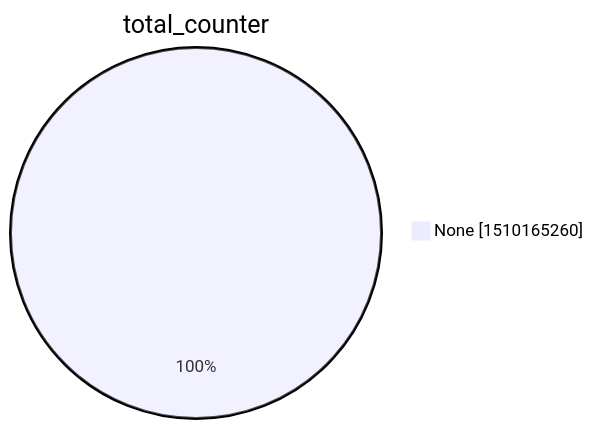
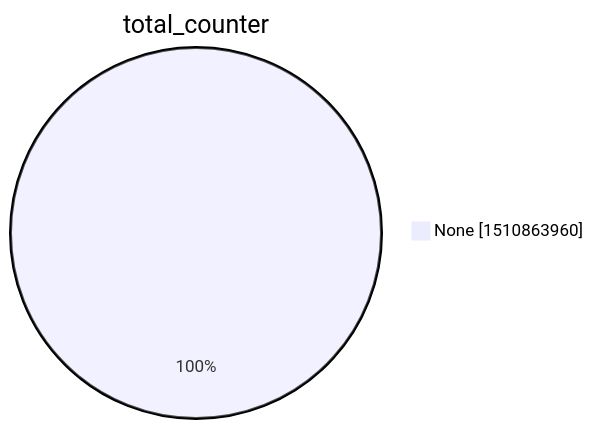
The second of 15 diagrams in xenon2022/README.md (christiankrug/ctmonitor_visualization), drawn with Mermaid before and after one commit. The commit also changed other lines of this file, not shown here.

````diff
--- a/xenon2022/README.md
+++ b/xenon2022/README.md
@@ -9,5 +9,5 @@
 ```mermaid
 pie showData
 title total_counter
-"None" :1510165260
+"None" :1510863960
 ```
````
